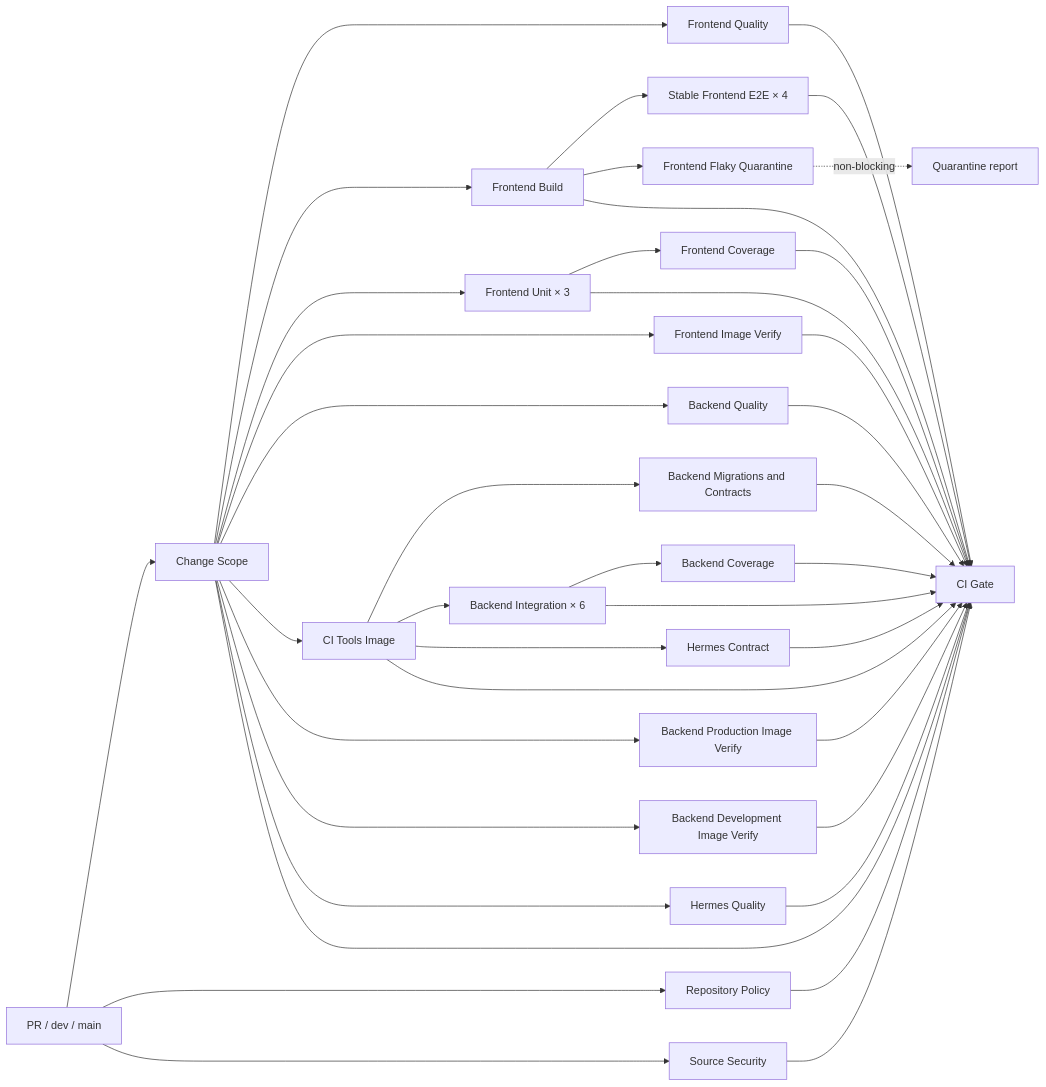
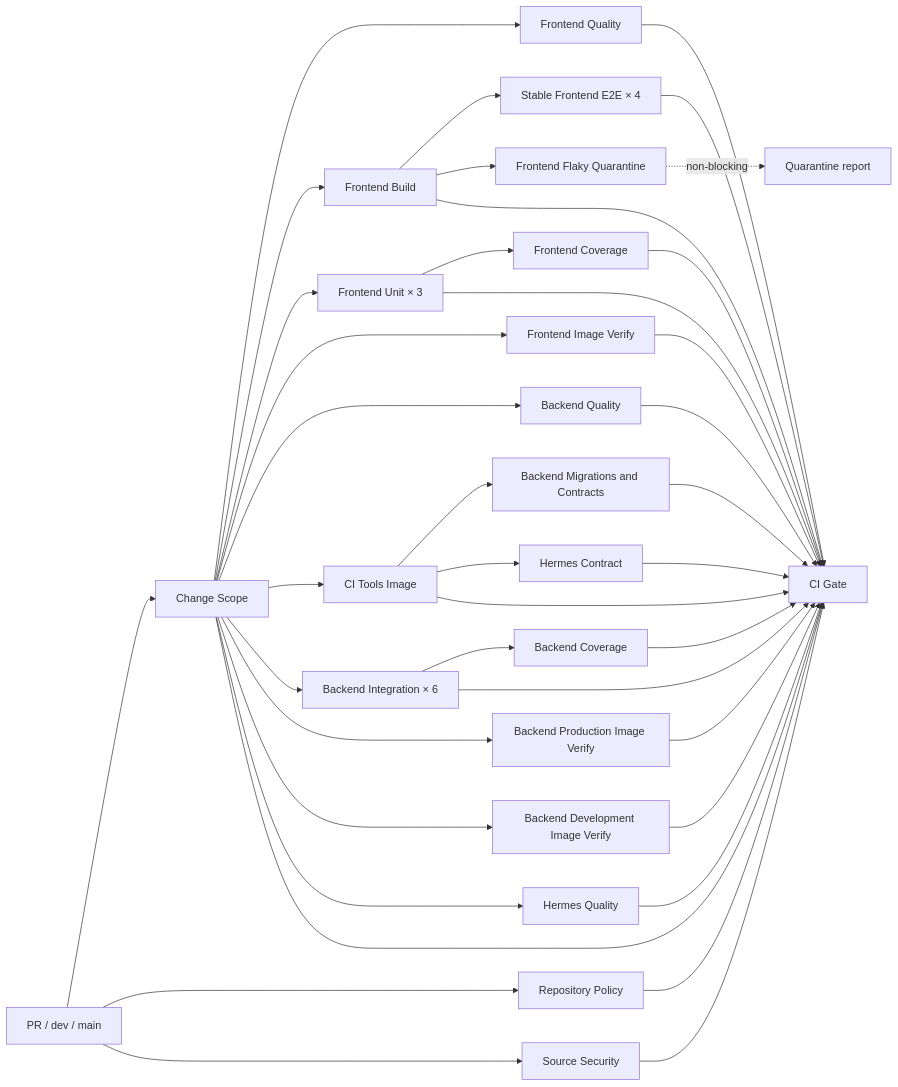
Before and after one commit to Livzon-DS-Sector-AI-Innovation/Livzon-NX: the diagram in .github/CI.md, drawn with Mermaid. The commit also changed other lines of this file and 2 other files, not shown here.

````diff
--- a/.github/CI.md
+++ b/.github/CI.md
@@ -9,41 +9,41 @@
 ```mermaid
 flowchart LR
   trigger["PR / dev / main"] --> scope["Change Scope"]
   trigger --> policy["Repository Policy"]
   trigger --> security["Source Security"]
   scope --> frontend["Frontend Quality"]
   scope --> frontendBuild["Frontend Build"]
   scope --> unit["Frontend Unit × 3"]
   unit --> coverage["Frontend Coverage"]
   scope --> frontendImage["Frontend Image Verify"]
   frontendBuild --> e2e["Stable Frontend E2E × 4"]
   frontendBuild --> flaky["Frontend Flaky Quarantine"]
   scope --> backend["Backend Quality"]
   scope --> tools["CI Tools Image"]
   tools --> backendMigrations["Backend Migrations and Contracts"]
-  tools --> integration["Backend Integration × 6"]
+  scope --> integration["Backend Integration × 6"]
   integration --> backendCoverage["Backend Coverage"]
   scope --> prodImage["Backend Production Image Verify"]
   scope --> devImage["Backend Development Image Verify"]
   scope --> hermes["Hermes Quality"]
   tools --> contract["Hermes Contract"]
   scope --> gate["CI Gate"]
   policy --> gate
   security --> gate
   frontend --> gate
   frontendBuild --> gate
   unit --> gate
   coverage --> gate
   frontendImage --> gate
   e2e --> gate
   backend --> gate
   tools --> gate
   backendMigrations --> gate
   integration --> gate
   backendCoverage --> gate
   prodImage --> gate
   devImage --> gate
   hermes --> gate
   contract --> gate
   flaky -. non-blocking .-> report["Quarantine report"]
 ```
````
